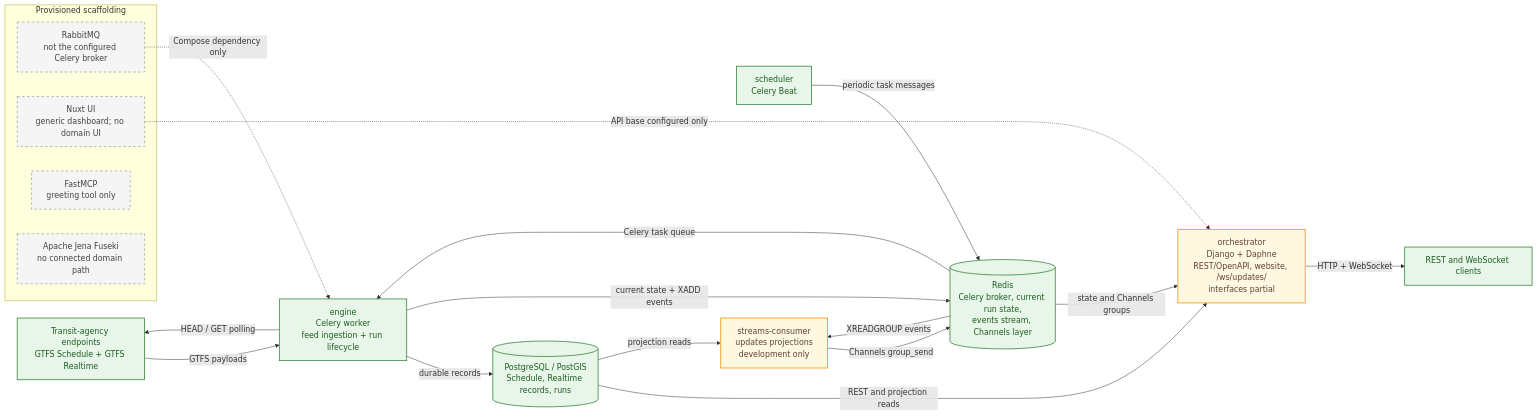
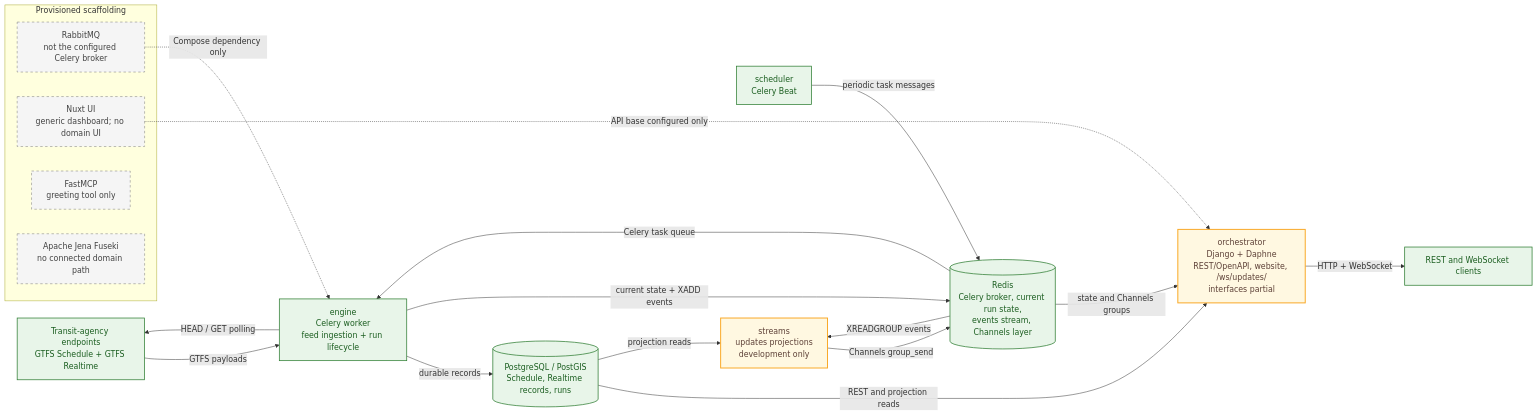
The diagram in docs/content/index.md (simovilab/infobus), drawn with Mermaid before and after one commit. The commit also changed other lines of this file and 19 other files, not shown here.

````diff
--- a/docs/content/index.md
+++ b/docs/content/index.md
@@ -17,38 +17,38 @@
 ```mermaid
 flowchart LR
     feeds["Transit-agency endpoints<br/>GTFS Schedule + GTFS Realtime"]:::implemented
     scheduler["scheduler<br/>Celery Beat"]:::implemented
     engine["engine<br/>Celery worker<br/>feed ingestion + run lifecycle"]:::implemented
     database[("PostgreSQL / PostGIS<br/>Schedule, Realtime records, runs")]:::implemented
     redis[("Redis<br/>Celery broker, current run state,<br/>events stream, Channels layer")]:::implemented
-    streams["streams-consumer<br/>updates projections<br/>development only"]:::partial
+    streams["streams<br/>updates projections<br/>development only"]:::partial
     orchestrator["orchestrator<br/>Django + Daphne<br/>REST/OpenAPI, website, /ws/updates/<br/>interfaces partial"]:::partial
     clients["REST and WebSocket clients"]:::implemented
 
     subgraph scaffolding["Provisioned scaffolding"]
         rabbit["RabbitMQ<br/>not the configured Celery broker"]:::scaffold
         nuxt["Nuxt UI<br/>generic dashboard; no domain UI"]:::scaffold
         mcp["FastMCP<br/>greeting tool only"]:::scaffold
         fuseki["Apache Jena Fuseki<br/>no connected domain path"]:::scaffold
     end
 
     scheduler -->|periodic task messages| redis
     redis -->|Celery task queue| engine
     engine -->|HEAD / GET polling| feeds
     feeds -->|GTFS payloads| engine
     engine -->|durable records| database
     engine -->|current state + XADD events| redis
     database -->|REST and projection reads| orchestrator
     database -->|projection reads| streams
     redis -->|XREADGROUP events| streams
     streams -->|Channels group_send| redis
     redis -->|state and Channels groups| orchestrator
     orchestrator -->|HTTP + WebSocket| clients
 
     rabbit -.->|Compose dependency only| engine
     nuxt -.->|API base configured only| orchestrator
 
     classDef implemented fill:#e8f5e9,stroke:#2e7d32,color:#1b5e20,stroke-width:1.5px;
     classDef partial fill:#fff8e1,stroke:#f9a825,color:#5d4037,stroke-width:2px;
     classDef scaffold fill:#f5f5f5,stroke:#757575,color:#424242,stroke-dasharray:5 5;
 ```
````
